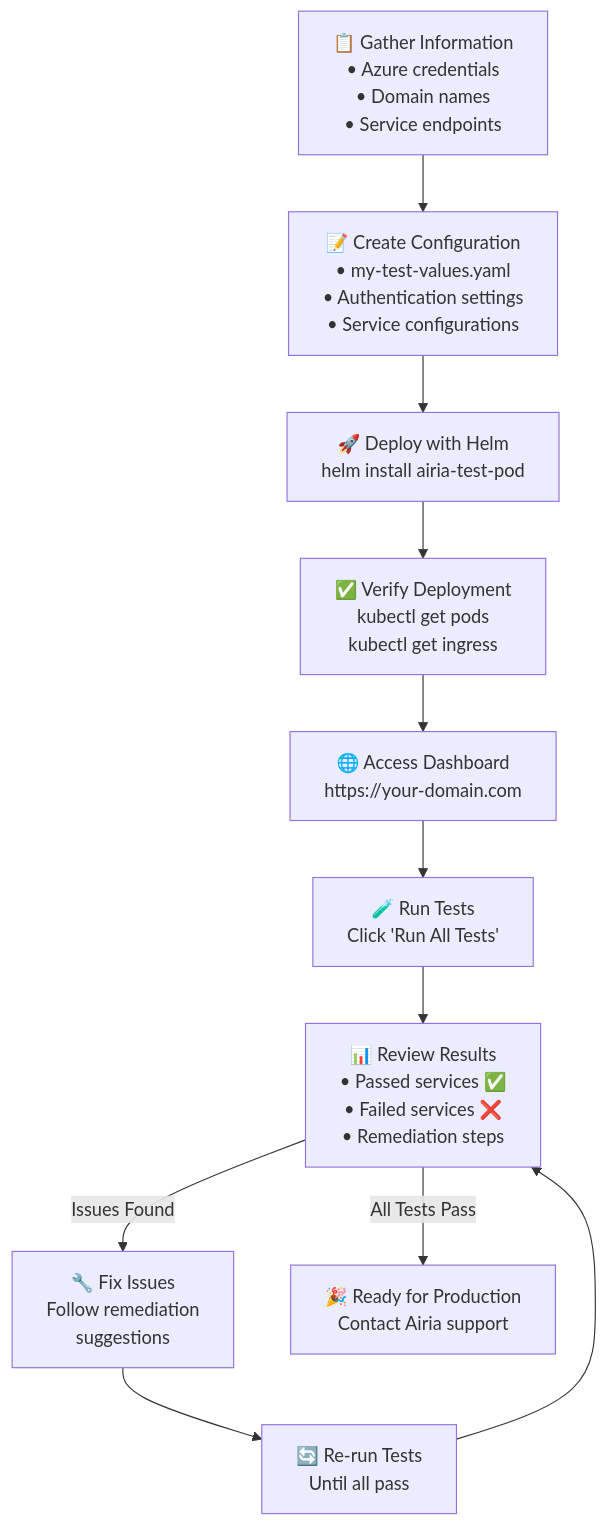
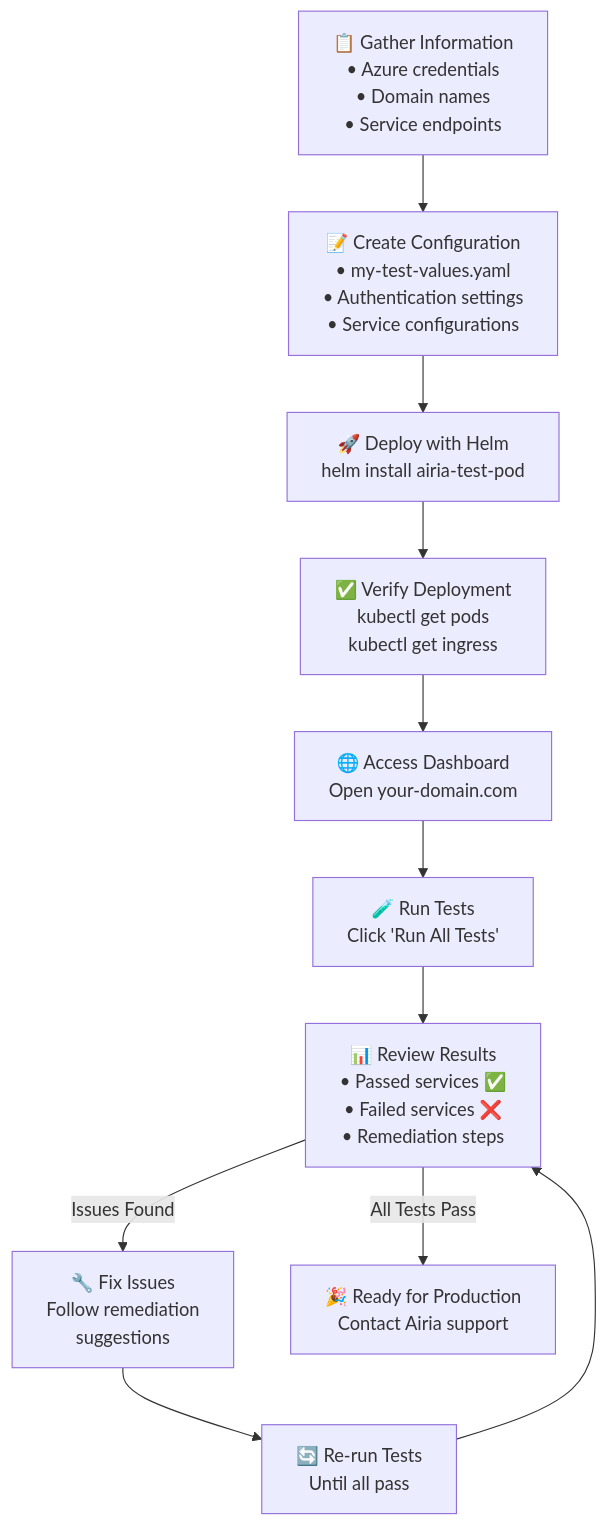
Before and after one commit to davidpacold/airia-test-pod: the first of 3 diagrams in DEPLOYMENT_GUIDE.md, drawn with Mermaid. The commit also changed other lines of this file and 3 other files, not shown here.

````diff
--- a/DEPLOYMENT_GUIDE.md
+++ b/DEPLOYMENT_GUIDE.md
@@ -162,33 +152,33 @@
 ```mermaid
 flowchart TD
     Gather["📋 Gather Information<br/>• Azure credentials<br/>• Domain names<br/>• Service endpoints"] 
     
     Config["📝 Create Configuration<br/>• my-test-values.yaml<br/>• Authentication settings<br/>• Service configurations"]
     
     Deploy["🚀 Deploy with Helm<br/>helm install airia-test-pod"]
     
     Verify["✅ Verify Deployment<br/>kubectl get pods<br/>kubectl get ingress"]
     
-    Access["🌐 Access Dashboard<br/>https://your-domain.com"]
+    Access["🌐 Access Dashboard<br/>Open your-domain.com"]
     
     Test["🧪 Run Tests<br/>Click 'Run All Tests'"]
     
     Results["📊 Review Results<br/>• Passed services ✅<br/>• Failed services ❌<br/>• Remediation steps"]
     
     Fix["🔧 Fix Issues<br/>Follow remediation<br/>suggestions"]
     
     Retest["🔄 Re-run Tests<br/>Until all pass"]
     
     Complete["🎉 Ready for Production<br/>Contact Airia support"]
     
     Gather --> Config
     Config --> Deploy
     Deploy --> Verify
     Verify --> Access
     Access --> Test
     Test --> Results
     Results -->|Issues Found| Fix
     Fix --> Retest
     Retest --> Results
     Results -->|All Tests Pass| Complete
 ```
````
